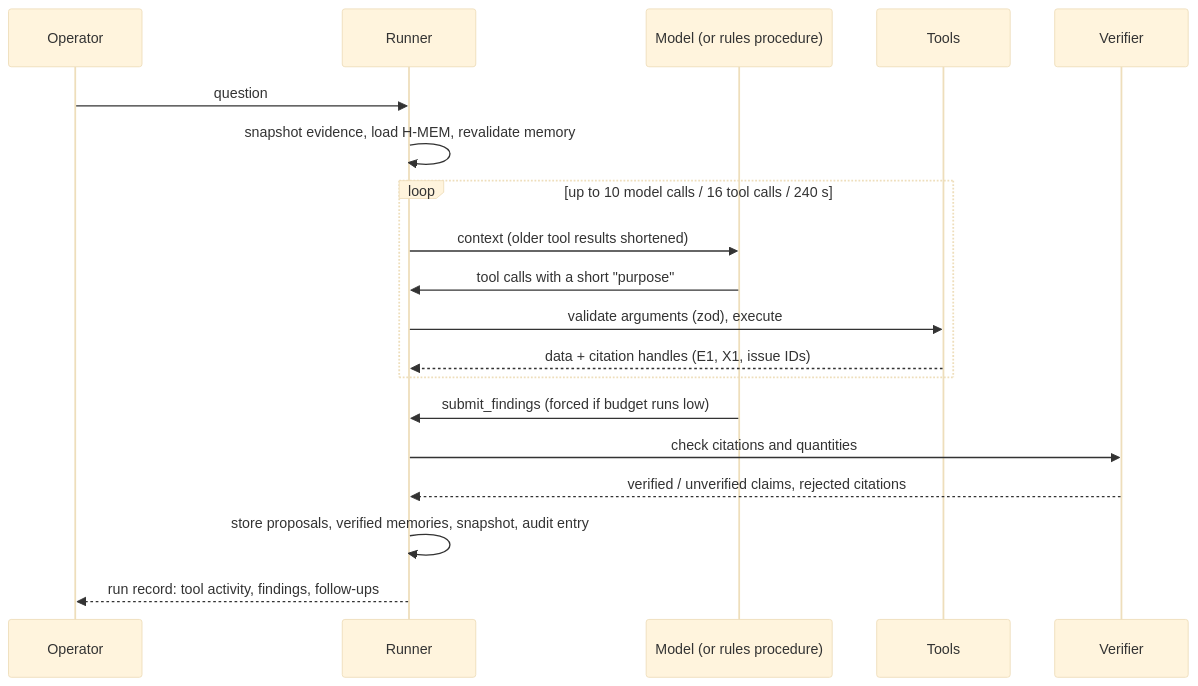
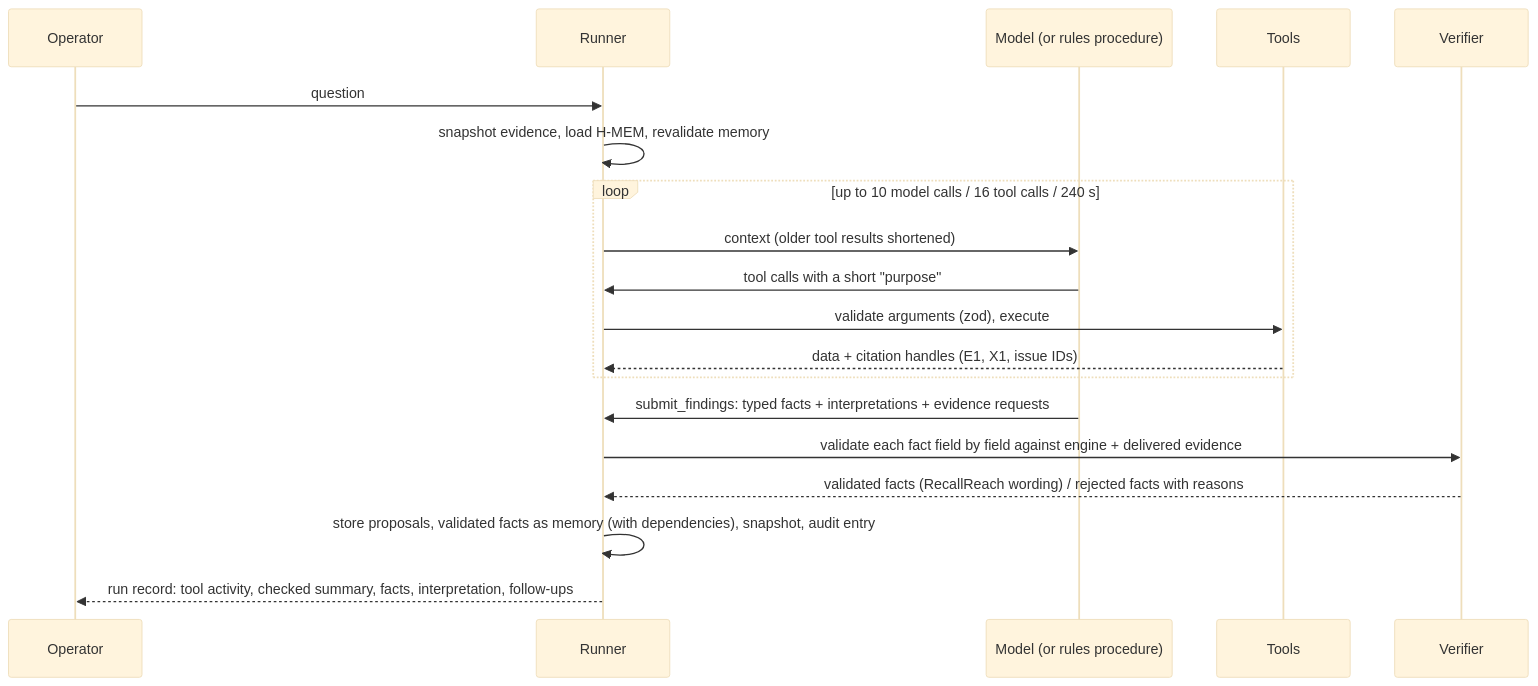
Before and after one commit to professor-200629/recallreach: the second of 2 diagrams in docs/ARCHITECTURE.md, drawn with Mermaid (base theme). The commit also changed other lines of this file and 46 other files, not shown here.

First line of the commit message:
Replace free-text verification with typed facts; harden memory, imports and saves

````diff
--- a/docs/ARCHITECTURE.md
+++ b/docs/ARCHITECTURE.md
@@ -66,21 +66,21 @@
 ```mermaid
 sequenceDiagram
   participant O as Operator
   participant R as Runner
   participant M as Model (or rules procedure)
   participant T as Tools
   participant V as Verifier
   O->>R: question
   R->>R: snapshot evidence, load H-MEM, revalidate memory
   loop up to 10 model calls / 16 tool calls / 240 s
     R->>M: context (older tool results shortened)
     M->>R: tool calls with a short "purpose"
     R->>T: validate arguments (zod), execute
     T-->>R: data + citation handles (E1, X1, issue IDs)
   end
-  M->>R: submit_findings (forced if budget runs low)
-  R->>V: check citations and quantities
-  V-->>R: verified / unverified claims, rejected citations
-  R->>R: store proposals, verified memories, snapshot, audit entry
-  R-->>O: run record: tool activity, findings, follow-ups
+  M->>R: submit_findings: typed facts + interpretations + evidence requests
+  R->>V: validate each fact field by field against engine + delivered evidence
+  V-->>R: validated facts (RecallReach wording) / rejected facts with reasons
+  R->>R: store proposals, validated facts as memory (with dependencies), snapshot, audit entry
+  R-->>O: run record: tool activity, checked summary, facts, interpretation, follow-ups
 ```
````
